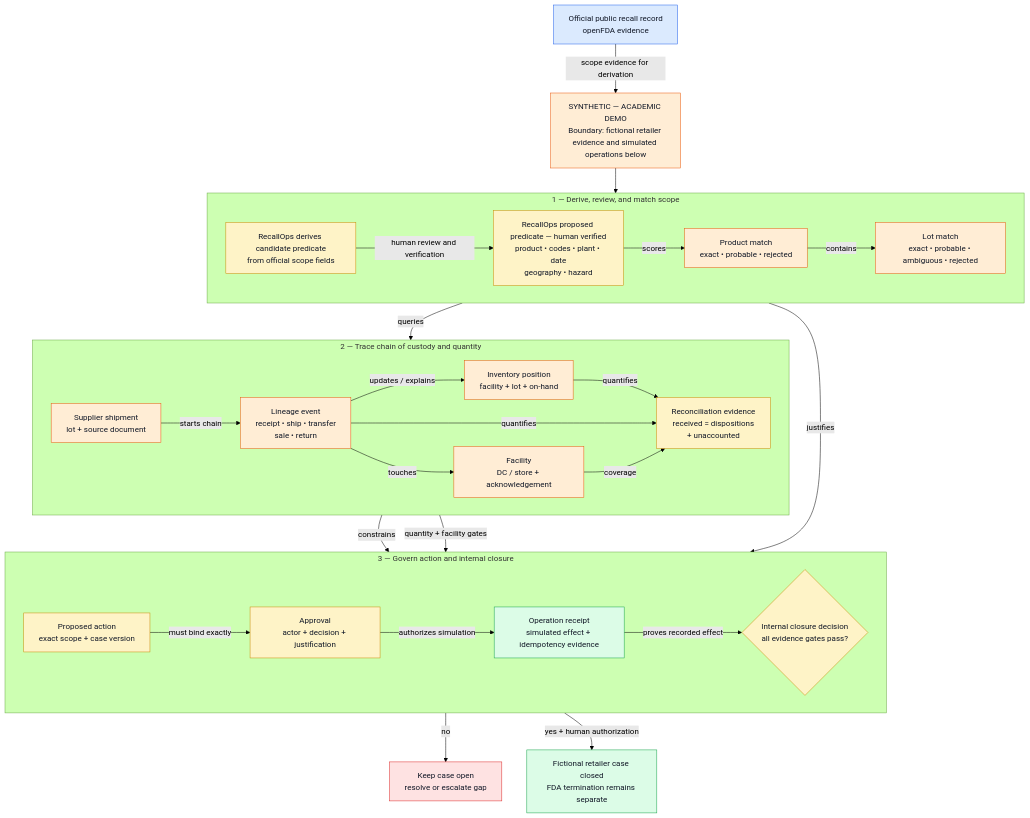
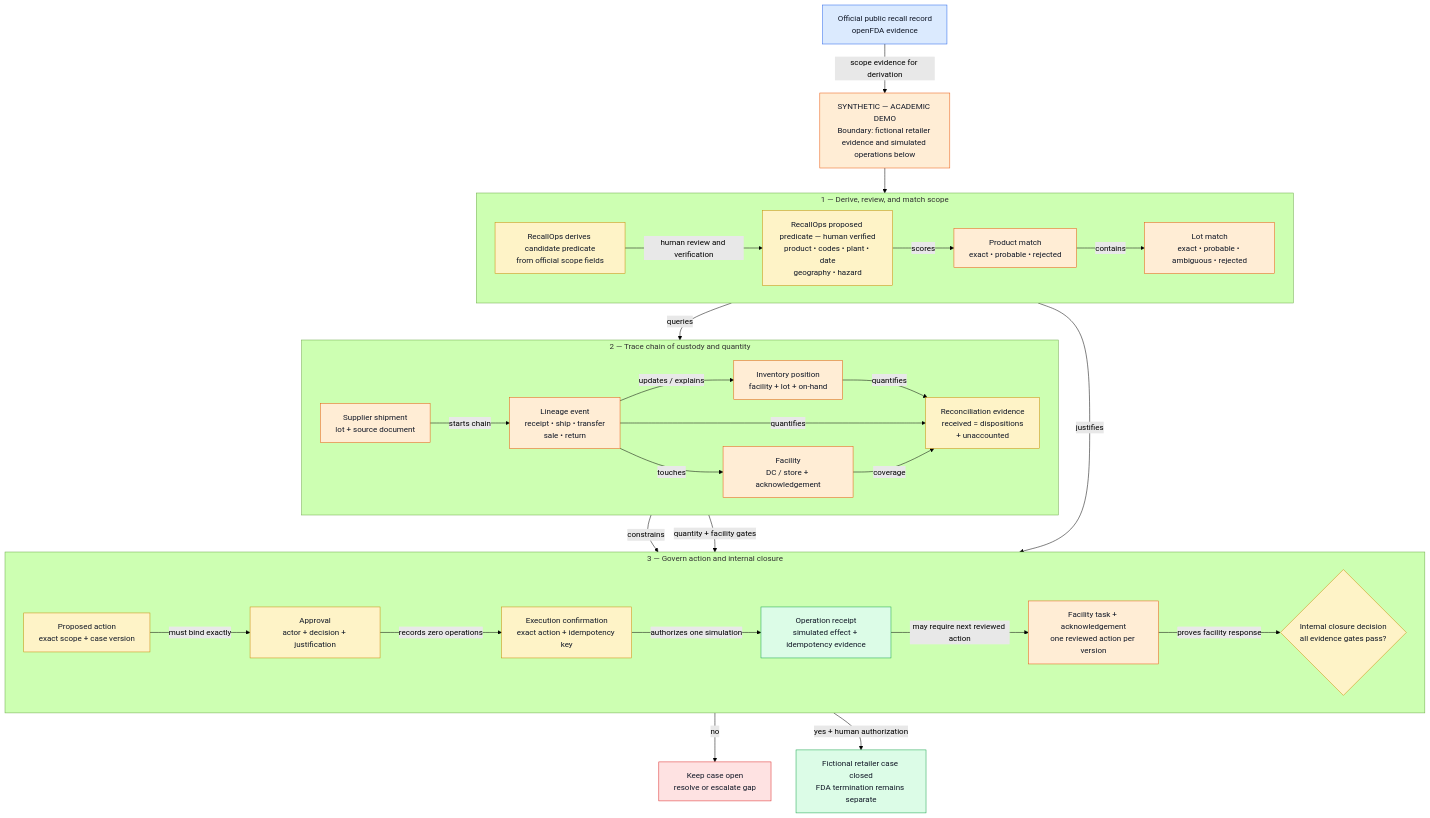
One commit to nagarjunakanamarlapudi/reacall-agents changed the diagram in docs/images/09_domain_evidence_model.mmd. Above: the diagram before and after it, drawn with Mermaid (forest theme). The commit also changed 34 other files, not shown here.

```diff
--- a/docs/images/09_domain_evidence_model.mmd
+++ b/docs/images/09_domain_evidence_model.mmd
@@ -1,59 +1,63 @@
 flowchart TB
   classDef official fill:#dbeafe,stroke:#2563eb,color:#111827
   classDef synthetic fill:#ffedd5,stroke:#ea580c,color:#111827
   classDef review fill:#fef3c7,stroke:#ca8a04,color:#111827
   classDef approved fill:#dcfce7,stroke:#16a34a,color:#111827
   classDef blocked fill:#fee2e2,stroke:#dc2626,color:#111827
 
   PUBLIC["Official public recall record<br/>openFDA evidence"]:::official
 
   DEMO_NOTE["SYNTHETIC — ACADEMIC DEMO<br/>Boundary: fictional retailer evidence and simulated operations below"]:::synthetic
 
     subgraph SCOPE["1 — Derive, review, and match scope"]
       direction LR
       DRAFT["RecallOps derives candidate predicate<br/>from official scope fields"]:::review
       PRED["RecallOps proposed predicate — human verified<br/>product • codes • plant • date<br/>geography • hazard"]:::review
       PRODUCT["Product match<br/>exact • probable • rejected"]:::synthetic
       LOT["Lot match<br/>exact • probable • ambiguous • rejected"]:::synthetic
       DRAFT -->|human review and verification| PRED
       PRED -->|scores| PRODUCT
       PRODUCT -->|contains| LOT
     end
 
     subgraph TRACE["2 — Trace chain of custody and quantity"]
       direction LR
       SHIP["Supplier shipment<br/>lot + source document"]:::synthetic
       EVENT["Lineage event<br/>receipt • ship • transfer<br/>sale • return"]:::synthetic
       INV["Inventory position<br/>facility + lot + on-hand"]:::synthetic
       FAC["Facility<br/>DC / store + acknowledgement"]:::synthetic
       REC["Reconciliation evidence<br/>received = dispositions<br/>+ unaccounted"]:::review
       SHIP -->|starts chain| EVENT
       EVENT -->|updates / explains| INV
       EVENT -->|touches| FAC
       INV -->|quantifies| REC
       EVENT -->|quantifies| REC
       FAC -->|coverage| REC
     end
 
     subgraph GOVERN["3 — Govern action and internal closure"]
       direction LR
       ACTION["Proposed action<br/>exact scope + case version"]:::review
       APPROVAL["Approval<br/>actor + decision + justification"]:::review
+      CONFIRM["Execution confirmation<br/>exact action + idempotency key"]:::review
       RECEIPT["Operation receipt<br/>simulated effect + idempotency evidence"]:::approved
+      TASK["Facility task + acknowledgement<br/>one reviewed action per version"]:::synthetic
       CLOSURE{"Internal closure decision<br/>all evidence gates pass?"}:::review
       ACTION -->|must bind exactly| APPROVAL
-      APPROVAL -->|authorizes simulation| RECEIPT
-      RECEIPT -->|proves recorded effect| CLOSURE
+      APPROVAL -->|records zero operations| CONFIRM
+      CONFIRM -->|authorizes one simulation| RECEIPT
+      RECEIPT -->|may require next reviewed action| TASK
+      TASK -->|proves facility response| CLOSURE
     end
 
     OPEN["Keep case open<br/>resolve or escalate gap"]:::blocked
     CLOSED["Fictional retailer case closed<br/>FDA termination remains separate"]:::approved
 
     LOT -->|queries| SHIP
     LOT -->|justifies| ACTION
     REC -->|constrains| ACTION
     REC -->|quantity + facility gates| CLOSURE
     CLOSURE -->|no| OPEN
     CLOSURE -->|yes + human authorization| CLOSED
   PUBLIC -->|scope evidence for derivation| DEMO_NOTE
   DEMO_NOTE --> DRAFT
```
